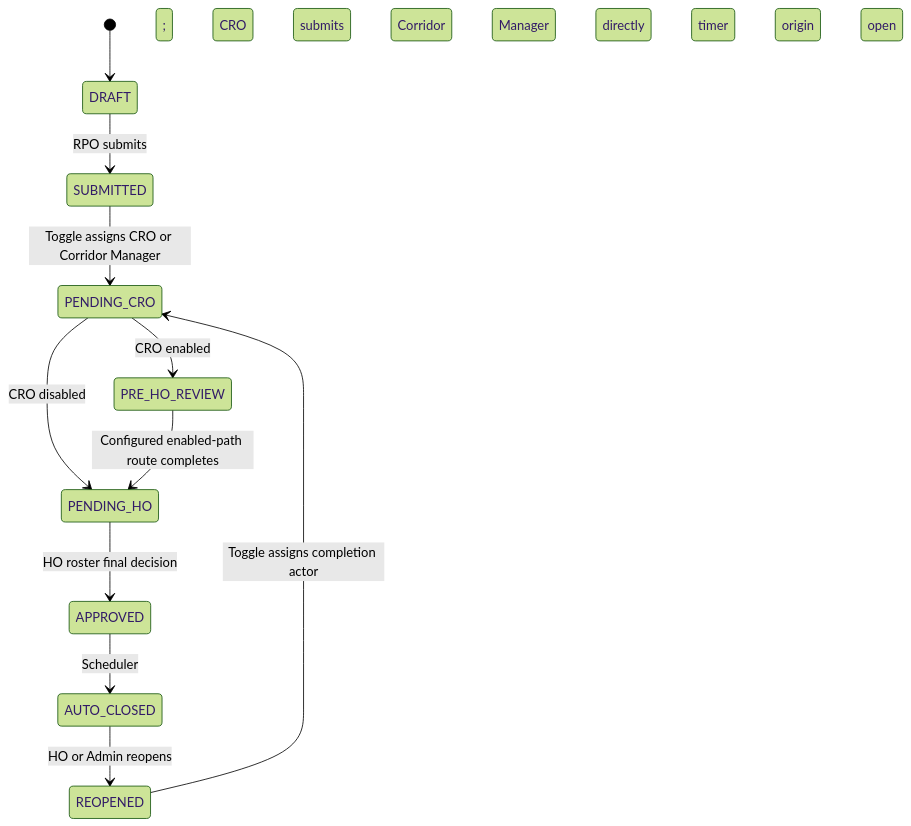
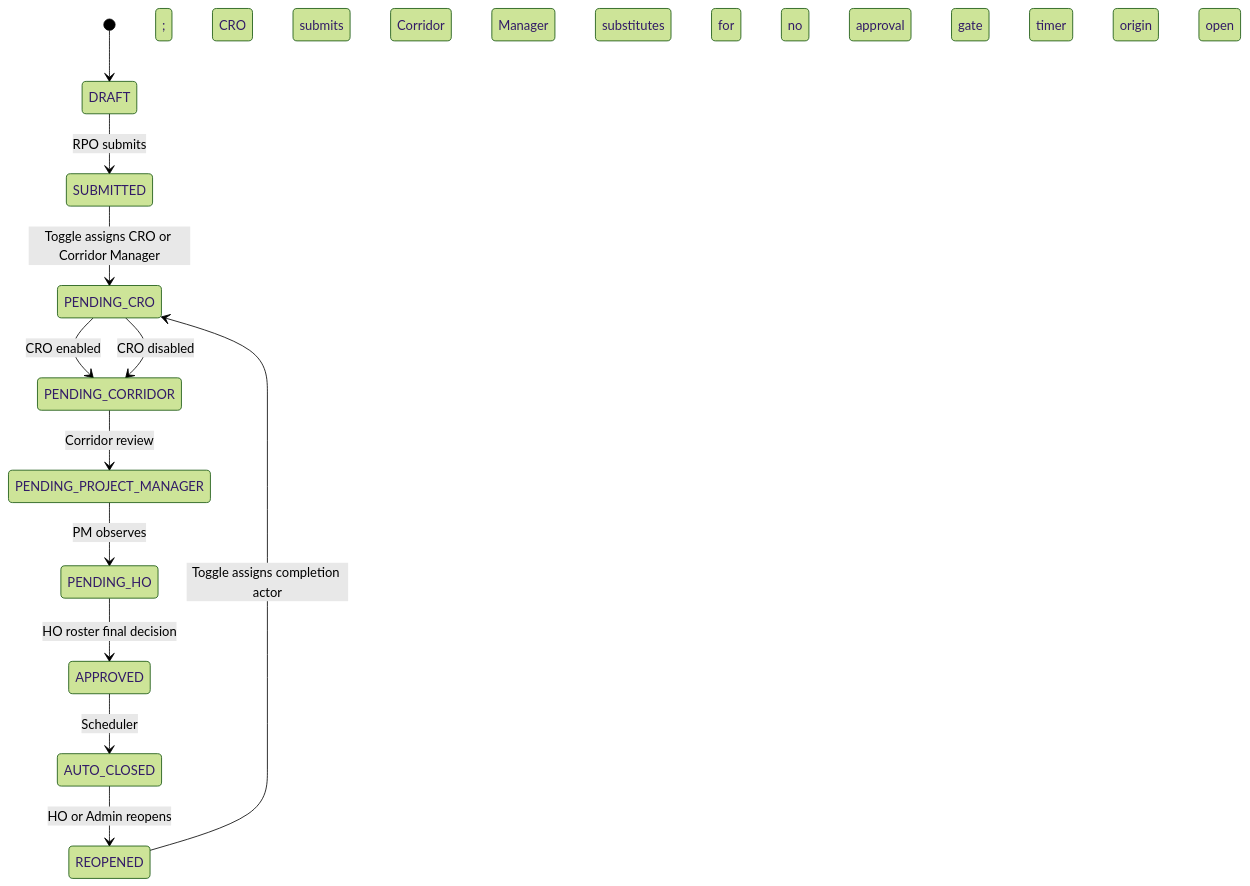
One commit to LaxmiKhilnani-nhit/Incident-Managment changed the second of 2 diagrams in docs/workflows.md. Above: the diagram before and after it, drawn with Mermaid (forest theme). The commit also changed other lines of this file and 6 other files, not shown here.

````diff
--- a/docs/workflows.md
+++ b/docs/workflows.md
@@ -78,13 +80,14 @@
 ```mermaid
 stateDiagram-v2
   [*] --> DRAFT
   DRAFT --> SUBMITTED: RPO submits
   SUBMITTED --> PENDING_CRO: Toggle assigns CRO or Corridor Manager
-  PENDING_CRO --> PRE_HO_REVIEW: CRO enabled; CRO submits
-  PENDING_CRO --> PENDING_HO: CRO disabled; Corridor Manager submits directly
-  PRE_HO_REVIEW --> PENDING_HO: Configured enabled-path route completes
+  PENDING_CRO --> PENDING_CORRIDOR: CRO enabled; CRO submits
+  PENDING_CRO --> PENDING_CORRIDOR: CRO disabled; Corridor Manager substitutes for CRO
+  PENDING_CORRIDOR --> PENDING_PROJECT_MANAGER: Corridor review
+  PENDING_PROJECT_MANAGER --> PENDING_HO: PM observes; no approval gate
   PENDING_HO --> APPROVED: HO roster final decision
   APPROVED --> AUTO_CLOSED: Scheduler; timer origin open
   AUTO_CLOSED --> REOPENED: HO or Admin reopens
   REOPENED --> PENDING_CRO: Toggle assigns completion actor
 ```
````
